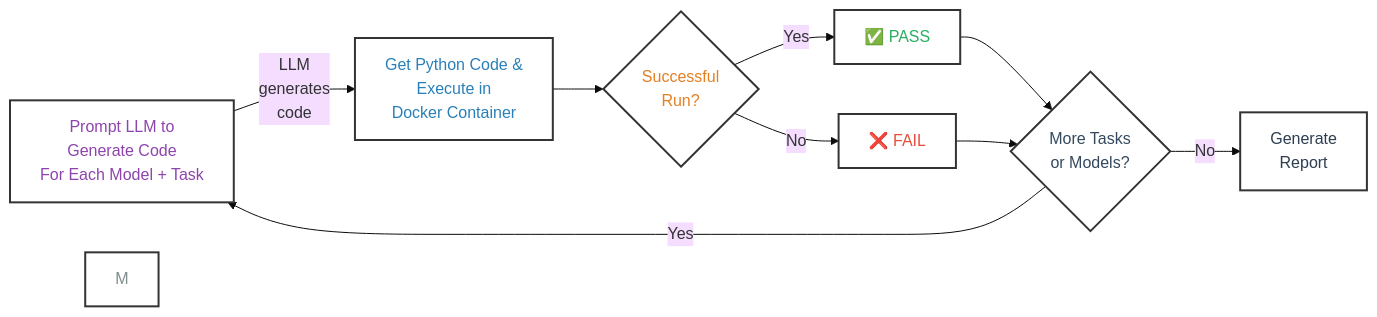
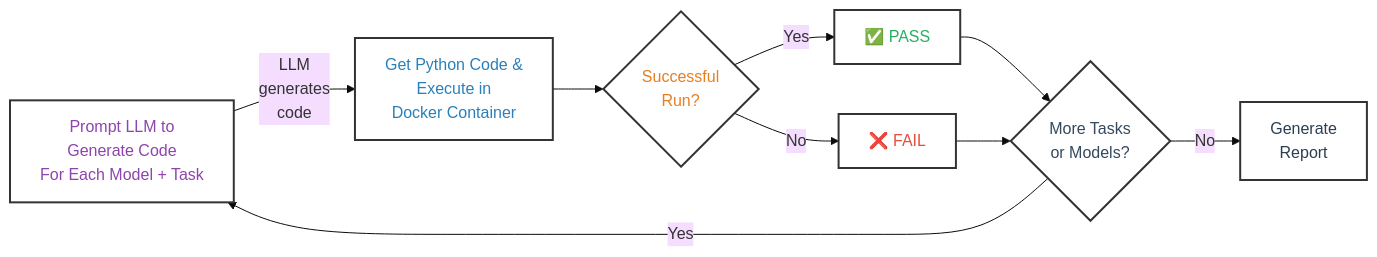
The diagram in README.md (weaviate-tutorials/weaviate-vibe-eval), drawn with Mermaid (base theme) before and after one commit.

Commit message:
update diagram

````diff
--- a/README.md
+++ b/README.md
@@ -79,21 +79,20 @@
 ```mermaid
 flowchart LR
 
     C[Prompt LLM to <br/>Generate Code<br/>For Each Model + Task] --> |LLM<br/>generates<br/>code|G[Get Python Code &<br/>Execute in <br/>Docker Container]
     G --> H{Successful<br/>Run?}
     H -->|Yes| I[✅ PASS]
     H -->|No| J[❌ FAIL]
     I --> K{More Tasks <br/>or Models?}
     J --> K
     K -->|Yes| C
     K -->|No| N[Generate<br/> Report]
 
     style C fill:#fff,stroke:#333,stroke-width:2px,color:#8e44ad
     style G fill:#fff,stroke:#333,stroke-width:2px,color:#2980b9
     style H fill:#fff,stroke:#333,stroke-width:2px,color:#e67e22
     style I fill:#fff,stroke:#333,stroke-width:2px,color:#27ae60
     style J fill:#fff,stroke:#333,stroke-width:2px,color:#e74c3c
     style K fill:#fff,stroke:#333,stroke-width:2px,color:#34495e
     style N fill:#fff,stroke:#333,stroke-width:2px,color:#2c3e50
-    style M fill:#fff,stroke:#333,stroke-width:2px,color:#7f8c8d
 ```
````
